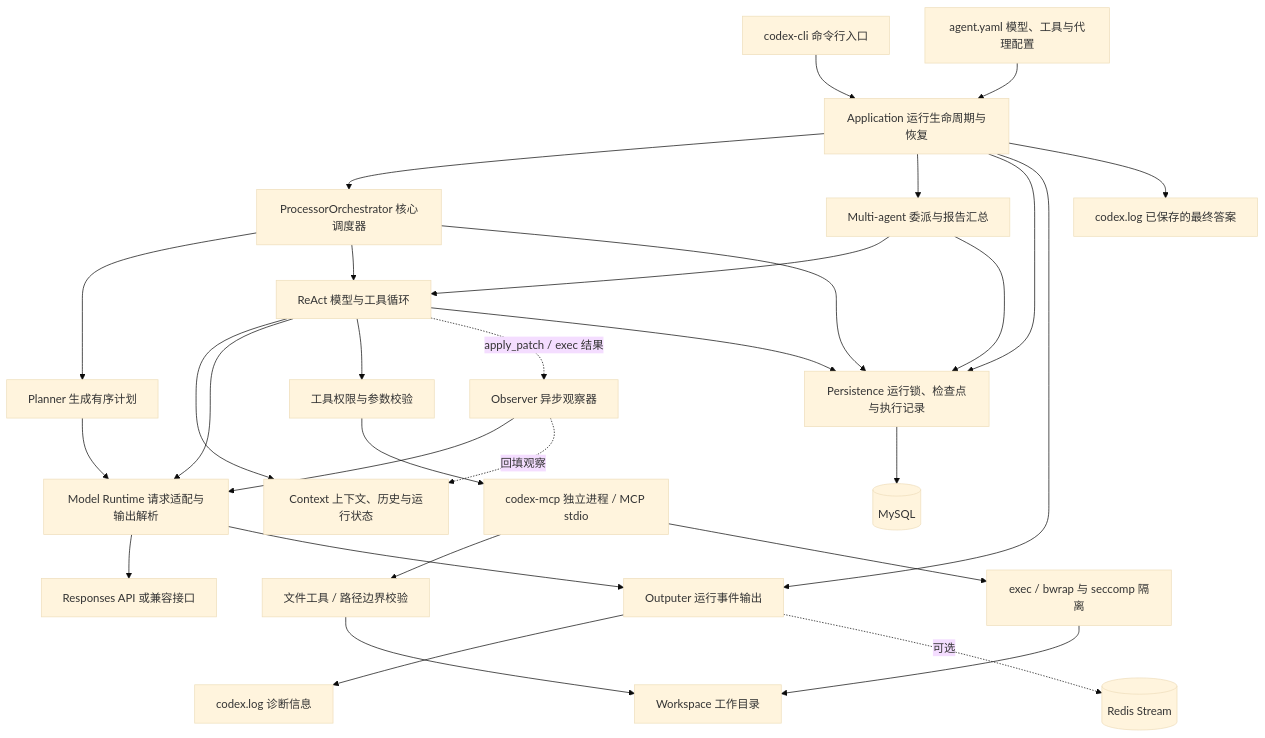
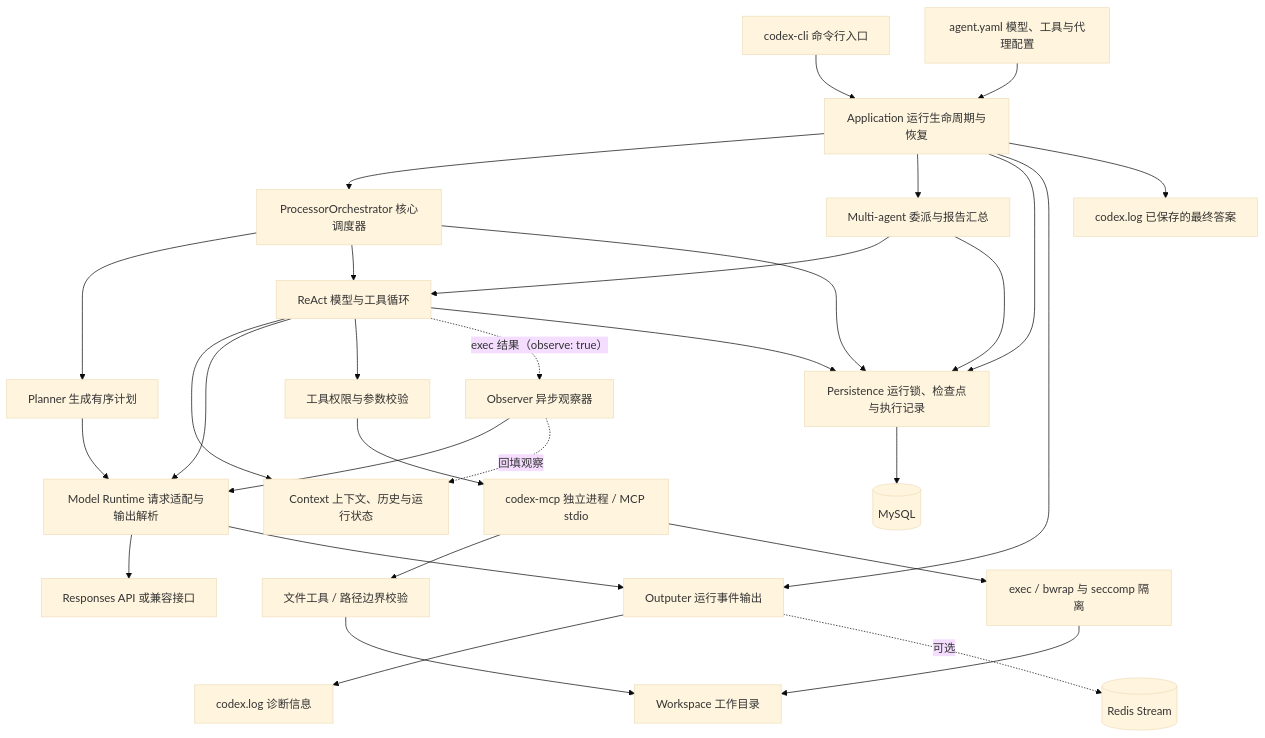
Before and after one commit to collie-agent/codex-go: the first of 2 diagrams in README.md, drawn with Mermaid (base theme). The commit also changed other lines of this file and 30 other files, not shown here.

````diff
--- a/README.md
+++ b/README.md
@@ -287,33 +288,33 @@
 ```mermaid
 flowchart TD
     CLI["codex-cli 命令行入口"] --> APP["Application 运行生命周期与恢复"]
     YAML["agent.yaml 模型、工具与代理配置"] --> APP
     APP --> ORCH["ProcessorOrchestrator 核心调度器"]
     ORCH --> PLAN["Planner 生成有序计划"]
     ORCH --> REACT["ReAct 模型与工具循环"]
     APP --> MULTI["Multi-agent 委派与报告汇总"]
     MULTI --> REACT
     REACT --> CTX["Context 上下文、历史与运行状态"]
     PLAN --> MODEL["Model Runtime 请求适配与输出解析"]
     REACT --> MODEL
     MODEL --> API["Responses API 或兼容接口"]
     REACT --> CHECK["工具权限与参数校验"]
     CHECK --> MCP["codex-mcp 独立进程 / MCP stdio"]
     MCP --> FILE["文件工具 / 路径边界校验"]
     MCP --> EXEC["exec / bwrap 与 seccomp 隔离"]
     FILE --> WS["Workspace 工作目录"]
     EXEC --> WS
-    REACT -. "apply_patch / exec 结果" .-> OBS["Observer 异步观察器"]
+    REACT -. "exec 结果（observe: true）" .-> OBS["Observer 异步观察器"]
     OBS --> MODEL
     OBS -. "回填观察" .-> CTX
     APP --> STORE["Persistence 运行锁、检查点与执行记录"]
     REACT --> STORE
     ORCH --> STORE
     MULTI --> STORE
     STORE --> DB[("MySQL")]
     APP --> OUTPUT["Outputer 运行事件输出"]
     MODEL --> OUTPUT
     OUTPUT --> STDERR["codex.log 诊断信息"]
     OUTPUT -. "可选" .-> REDIS[("Redis Stream")]
     APP --> ANSWER["codex.log 已保存的最终答案"]
 ```
````
